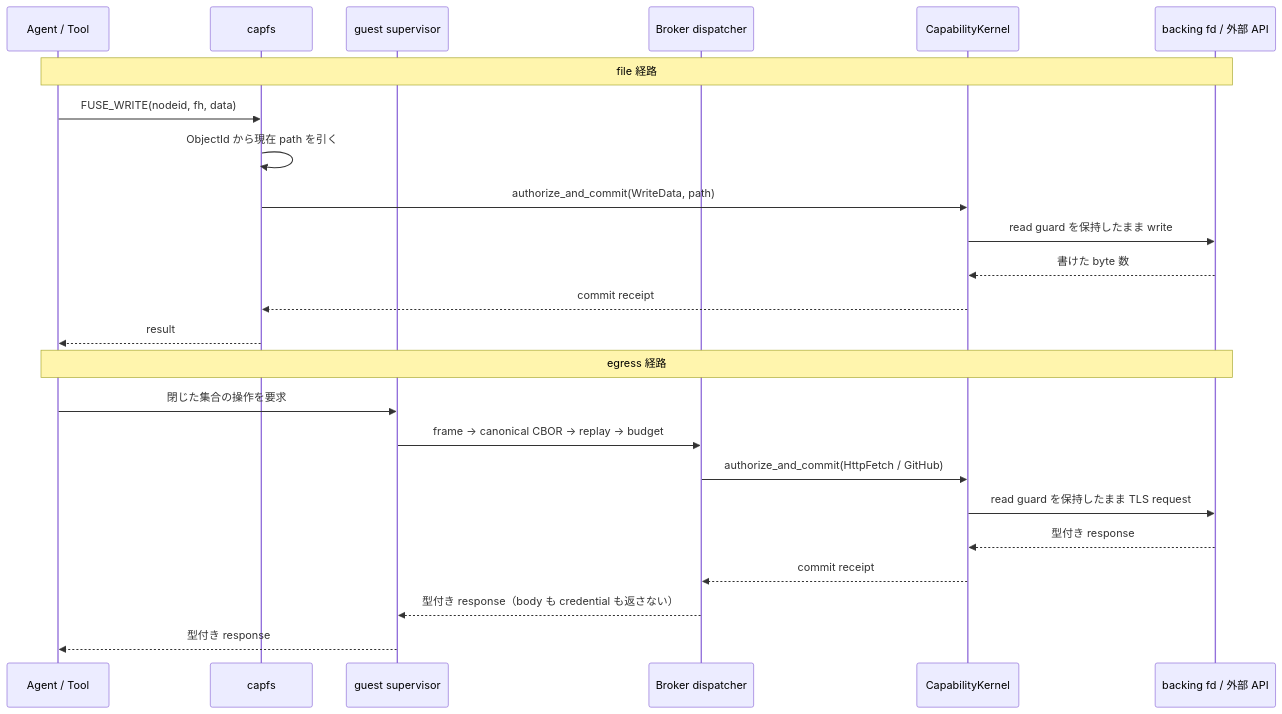
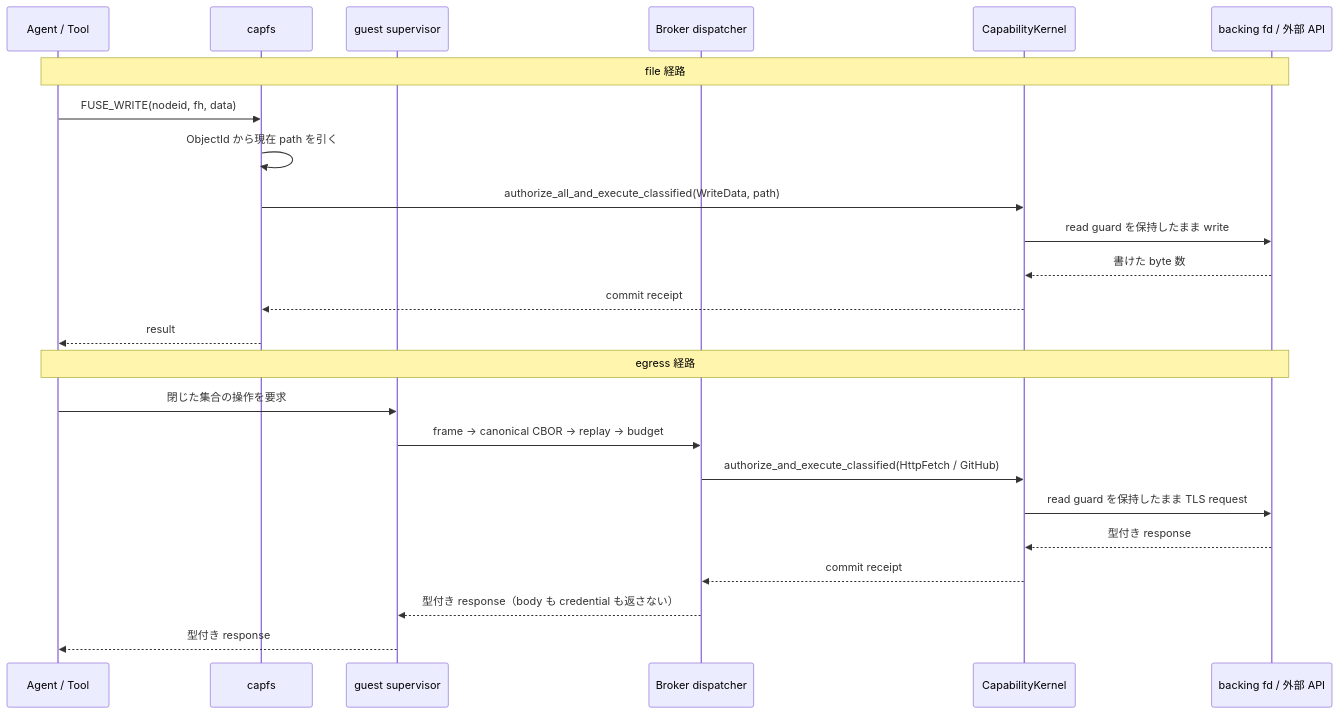
One commit to Aqua-218/SecCamp-AIAgent changed the third of 3 diagrams in docs/design/architecture.md. Above: the diagram before and after it, drawn with Mermaid. The commit also changed other lines of this file, not shown here.

First line of the commit message:
docs(architecture): redraw the map around code that now exists

````diff
--- a/docs/design/architecture.md
+++ b/docs/design/architecture.md
@@ -135,28 +137,28 @@
 ```mermaid
 sequenceDiagram
     participant W as Agent / Tool
     participant F as capfs
     participant S as guest supervisor
     participant B as Broker dispatcher
     participant K as CapabilityKernel
     participant X as backing fd / 外部 API
 
     Note over W,X: file 経路
     W->>F: FUSE_WRITE(nodeid, fh, data)
     F->>F: ObjectId から現在 path を引く
-    F->>K: authorize_and_commit(WriteData, path)
+    F->>K: authorize_all_and_execute_classified(WriteData, path)
     K->>X: read guard を保持したまま write
     X-->>K: 書けた byte 数
     K-->>F: commit receipt
     F-->>W: result
 
     Note over W,X: egress 経路
     W->>S: 閉じた集合の操作を要求
     S->>B: frame → canonical CBOR → replay → budget
-    B->>K: authorize_and_commit(HttpFetch / GitHub)
+    B->>K: authorize_and_execute_classified(HttpFetch / GitHub)
     K->>X: read guard を保持したまま TLS request
     X-->>K: 型付き response
     K-->>B: commit receipt
     B-->>S: 型付き response（body も credential も返さない）
     S-->>W: 型付き response
 ```
````
